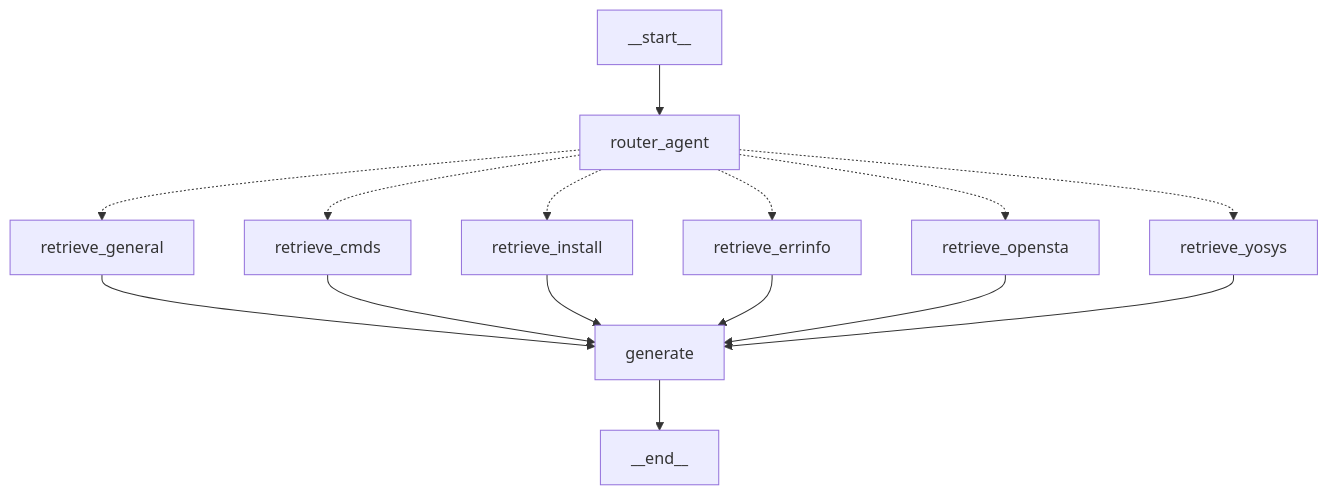
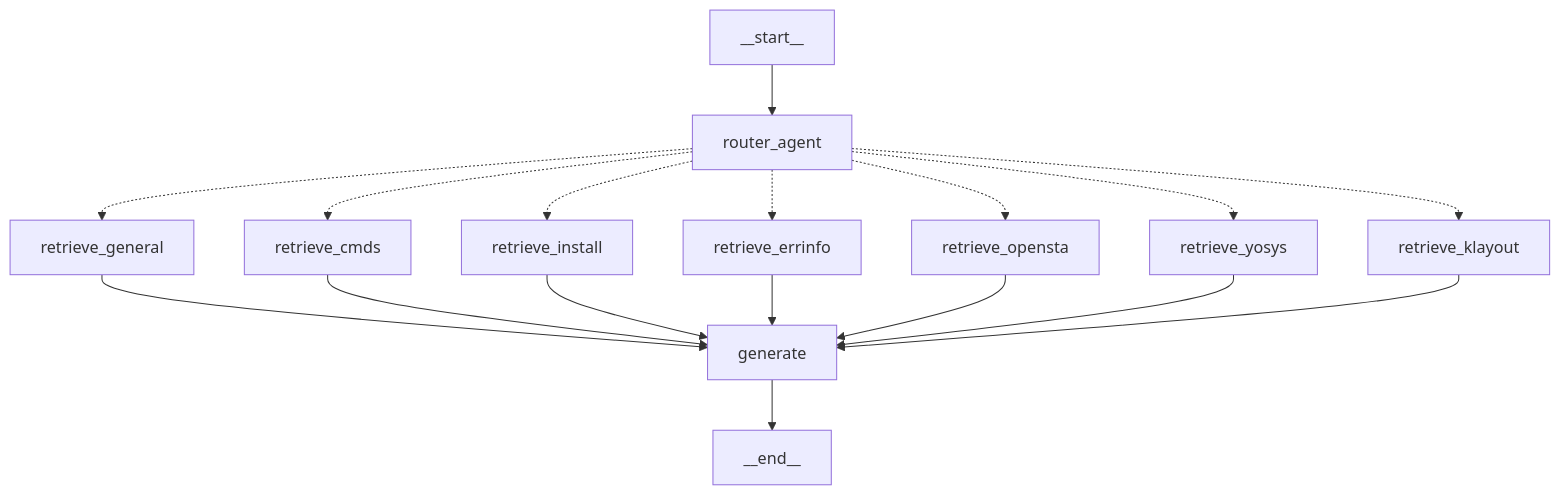
The second of 2 diagrams in README.md (The-OpenROAD-Project/ORAssistant), drawn with Mermaid before and after one commit. The commit also changed other lines of this file, not shown here.

````diff
--- a/README.md
+++ b/README.md
@@ -145,17 +155,19 @@
 ```mermaid
 graph TD
     __start__ --> router_agent
     router_agent -.-> retrieve_general
     router_agent -.-> retrieve_cmds
     router_agent -.-> retrieve_install
     router_agent -.-> retrieve_errinfo
     router_agent -.-> retrieve_opensta
     router_agent -.-> retrieve_yosys
+    router_agent -.-> retrieve_klayout
     retrieve_general --> generate
     retrieve_cmds --> generate
     retrieve_install --> generate
     retrieve_errinfo --> generate
     retrieve_opensta --> generate
     retrieve_yosys --> generate
+    retrieve_klayout --> generate
     generate --> __end__
 ```
````
